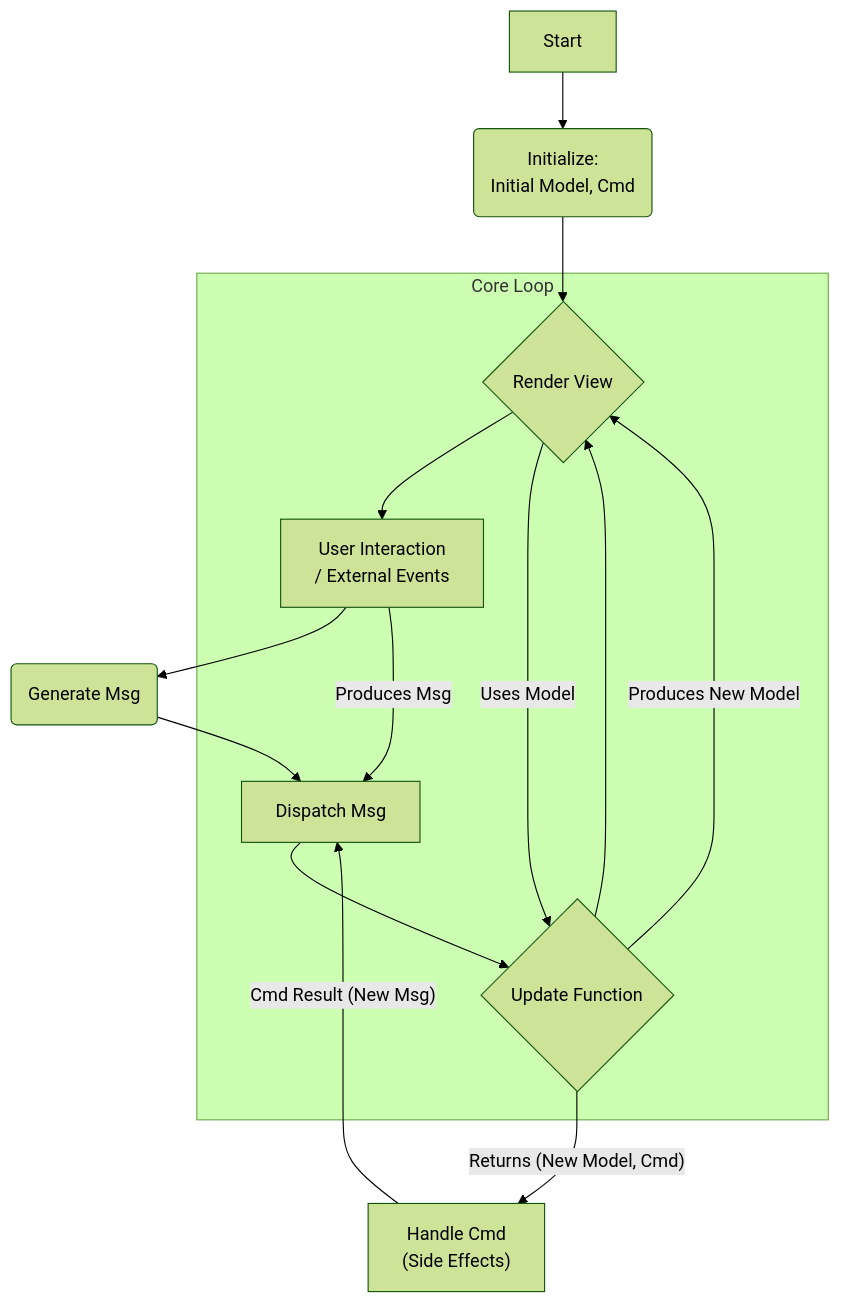
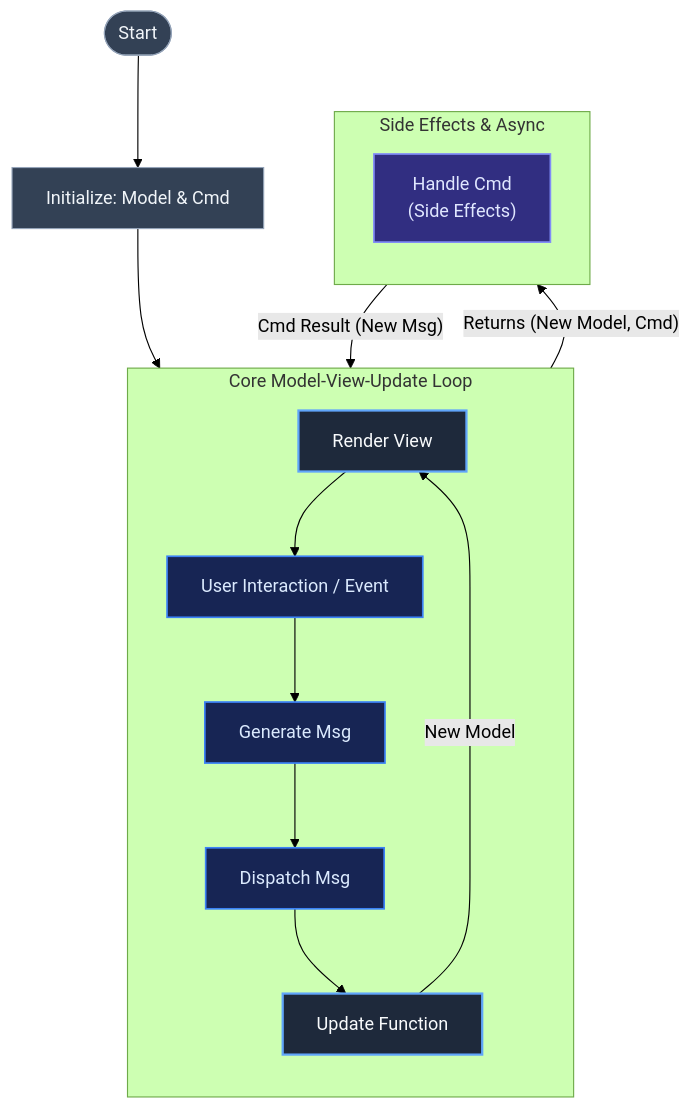
One commit to teatang/t-blog changed the diagram in source/_posts/2024/2024-04-30_The Elm Architecture (TEA) 详解.md. Above: the diagram before and after it, drawn with Mermaid (forest theme). The commit also changed 1 other file, not shown here.

Commit message:
add blog

```diff
--- a/source/_posts/2024/2024-04-30_The Elm Architecture (TEA) 详解.md
+++ b/source/_posts/2024/2024-04-30_The Elm Architecture (TEA) 详解.md
@@ -211,18 +211,36 @@
 {% mermaid %}
-graph TD
-    A[Start] --> B(Initialize:<br/>Initial Model, Cmd);
-    B --> C{Render View};
-    C --> D[User Interaction <br/>/ External Events];
-    D --> E(Generate Msg);
-    E --> F[Dispatch Msg];
-    F --> G{Update Function};
-    G -- "Returns (New Model, Cmd)" --> H["Handle Cmd<br/>(Side Effects)"];
-    H -- "Cmd Result (New Msg)" --> F;
-    G --> C;
+flowchart TD
+    %% 样式定义 (兼容深色/浅色高对比度)
+    classDef coreNode fill:#1e293b,stroke:#60a5fa,stroke-width:2px,color:#f8fafc;
+    classDef eventNode fill:#172554,stroke:#3b82f6,stroke-width:1.5px,color:#dbeafe;
+    classDef sideEffectNode fill:#312e81,stroke:#818cf8,stroke-width:1.5px,color:#e0e7ff;
+    classDef startNode fill:#334155,stroke:#94a3b8,stroke-width:1px,color:#f1f5f9;
 
-    subgraph Core Loop
-        C -- "Uses Model" --> G;
-        G -- "Produces New Model" --> C;
-        D -- "Produces Msg" --> F;
+    %% 流程定义
+    A([Start]) --> B[Initialize: Model & Cmd]
+    B --> C
+
+    subgraph CoreLoop [" Core Model-View-Update Loop "]
+        direction TB
+        C[Render View] --> D[User Interaction / Event]
+        D --> E[Generate Msg]
+        E --> F[Dispatch Msg]
+        F --> G[Update Function]
+        G -- "New Model" --> C
     end
+
+    subgraph CmdLoop [" Side Effects & Async "]
+        direction TB
+        H["Handle Cmd<br/>(Side Effects)"]
+    end
+
+    %% 侧效应与主循环连接
+    G -- "Returns (New Model, Cmd)" --> H
+    H -- "Cmd Result (New Msg)" --> F
+
+    %% 节点样式应用
+    class A,B startNode;
+    class C,G coreNode;
+    class D,E,F eventNode;
+    class H sideEffectNode;
 {% endmermaid %}
```
